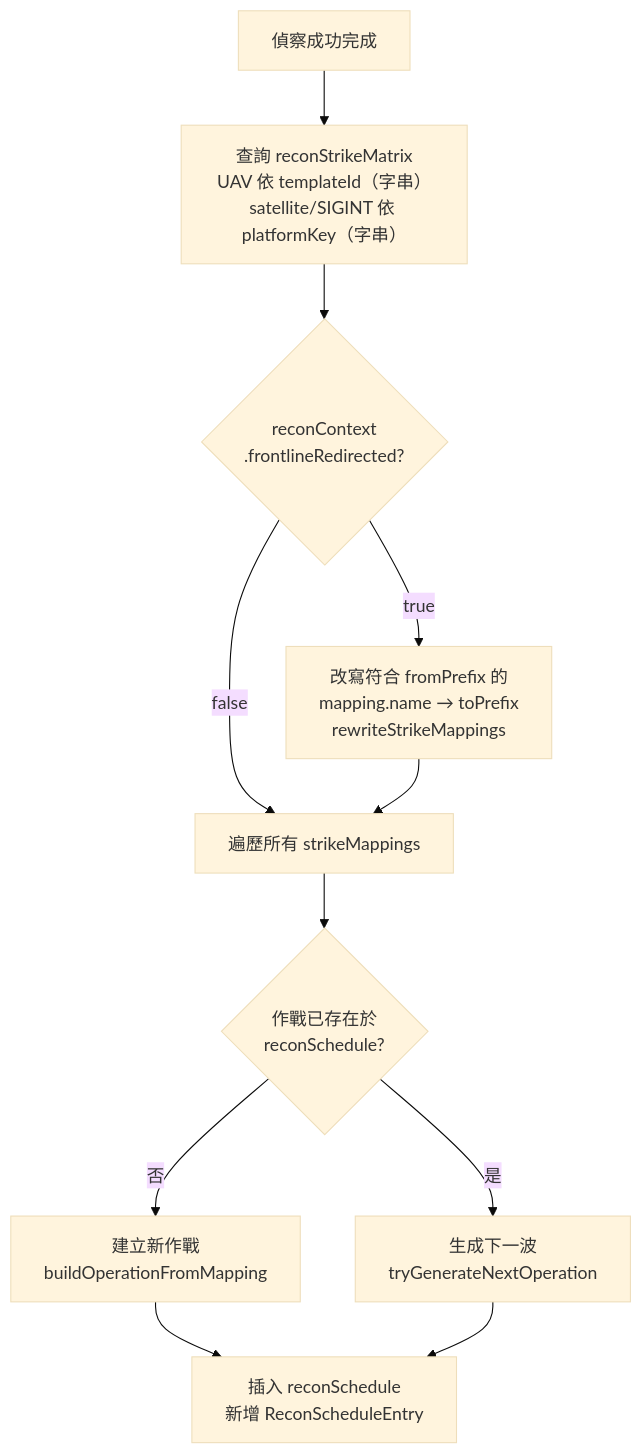
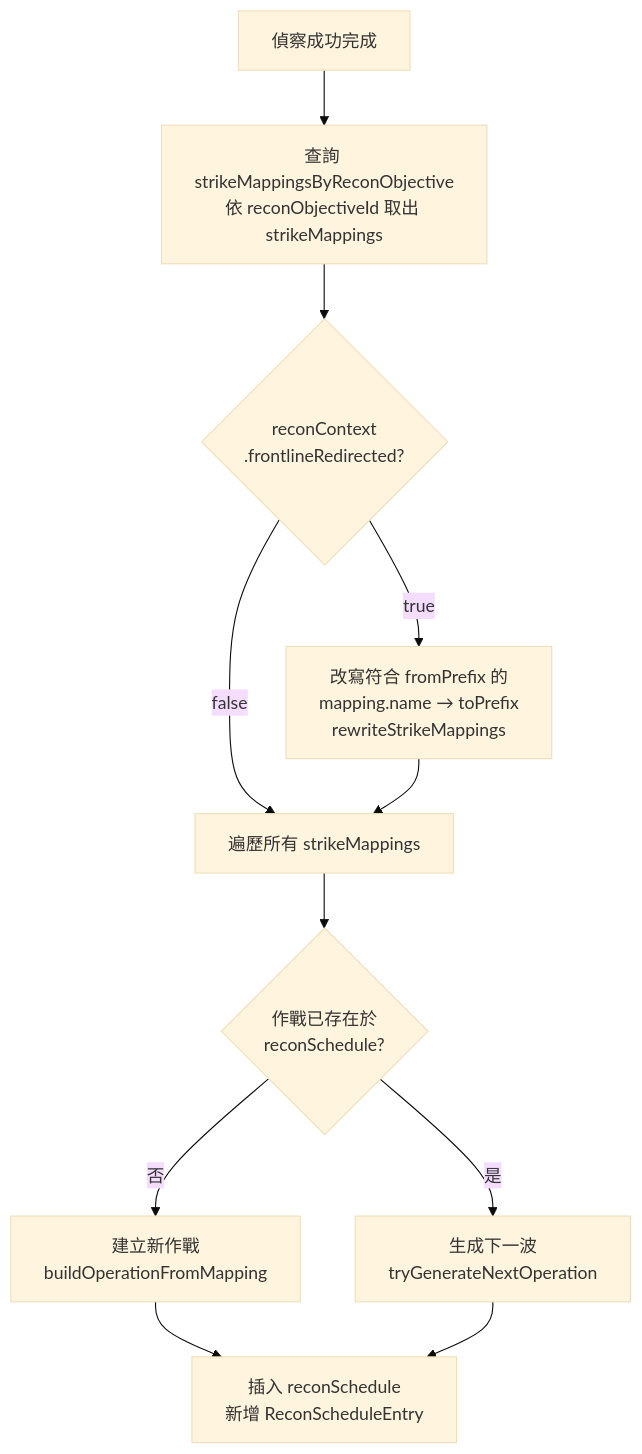
Before and after one commit to pullupjumper/formosa-in-flames: the second of 5 diagrams in docs/strikePlanner/recon.md, drawn with Mermaid (base theme). The commit also changed other lines of this file and 36 other files, not shown here.

````diff
--- a/docs/strikePlanner/recon.md
+++ b/docs/strikePlanner/recon.md
@@ -84,23 +84,23 @@
 ```mermaid
 flowchart TD
     RECON_OK["偵察成功完成"]
-    MATRIX["查詢 reconStrikeMatrix<br>UAV 依 templateId（字串）<br>satellite/SIGINT 依 platformKey（字串）"]
+    MATRIX["查詢 strikeMappingsByReconObjective<br>依 reconObjectiveId 取出 strikeMappings"]
     REDIRECT{"reconContext<br>.frontlineRedirected?"}
     REWRITE["改寫符合 fromPrefix 的<br>mapping.name → toPrefix<br>rewriteStrikeMappings"]
     LOOP["遍歷所有 strikeMappings"]
     CHECK{"作戰已存在於<br>reconSchedule?"}
     NEW["建立新作戰<br>buildOperationFromMapping"]
     NEXT["生成下一波<br>tryGenerateNextOperation"]
     INSERT["插入 reconSchedule<br>新增 ReconScheduleEntry"]
 
     RECON_OK --> MATRIX
     MATRIX --> REDIRECT
     REDIRECT -->|true| REWRITE
     REDIRECT -->|false| LOOP
     REWRITE --> LOOP
     LOOP --> CHECK
     CHECK -->|否| NEW
     CHECK -->|是| NEXT
     NEW --> INSERT
     NEXT --> INSERT
 ```
````
